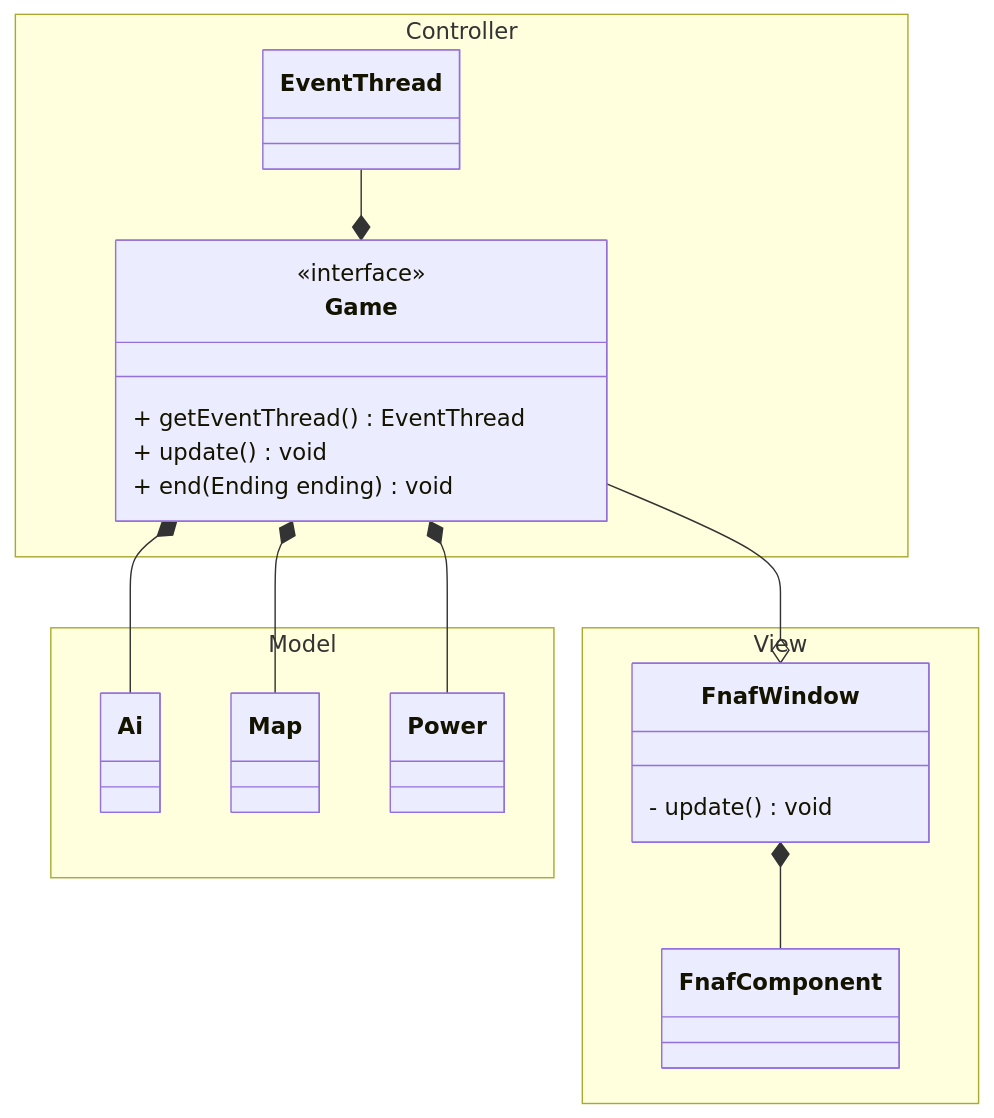
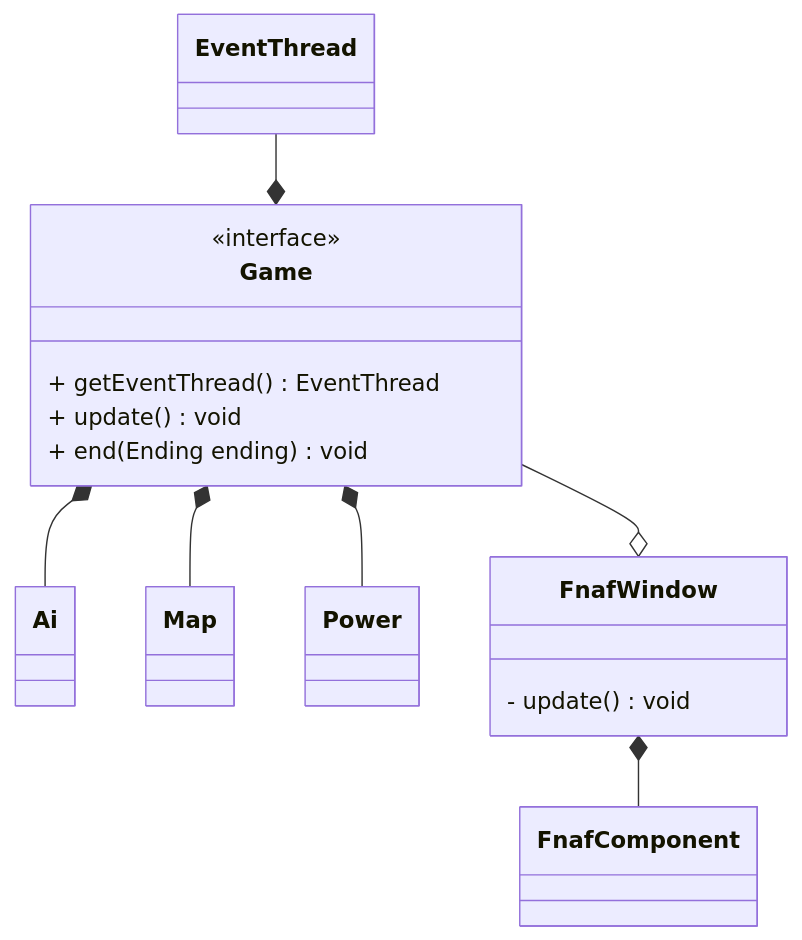
The second of 2 diagrams in report.md (PastaCodes/OOP23-fnaf-retro), drawn with Mermaid before and after one commit.

Commit message:
Tentativo senza namespace

````diff
--- a/report.md
+++ b/report.md
@@ -164,29 +164,29 @@
 ```mermaid
 classDiagram
-    namespace Model {
+    %% namespace Model {
         class Ai { }
         class Map { }
         class Power { }
-    }
-    namespace Controller {
+    %% }
+    %% namespace Controller {
         class EventThread { }
         class Game {
             <<interface>>
             + getEventThread() EventThread
             + update() void
             + end(Ending ending) void 
         }
-    }
-    namespace View {
+    %% }
+    %% namespace View {
         class FnafWindow {
             - update() void
         }
         class FnafComponent { }
-    }
+    %% }
     EventThread --* Game
     FnafWindow *-- FnafComponent
     Game --o FnafWindow
     Game *-- Ai
     Game *-- Map
     Game *-- Power
 ```
````
